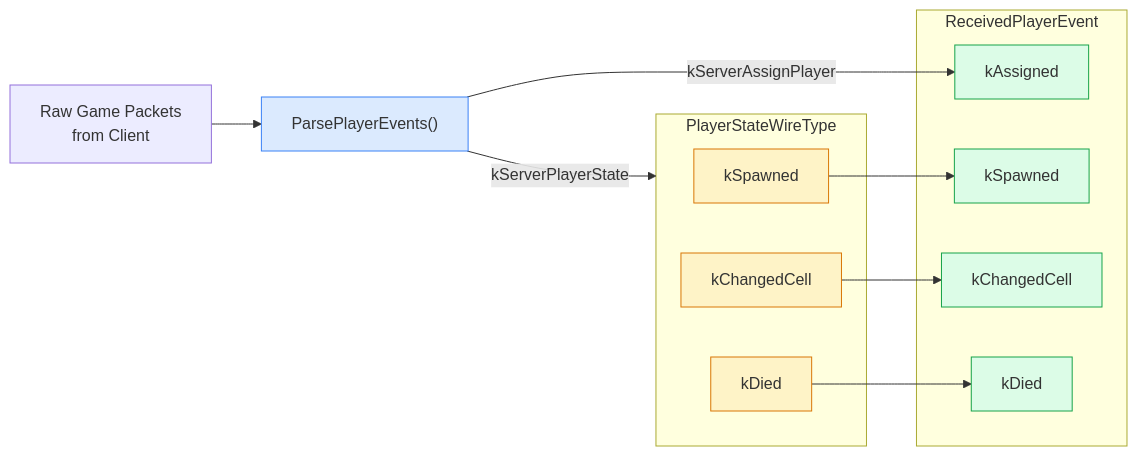
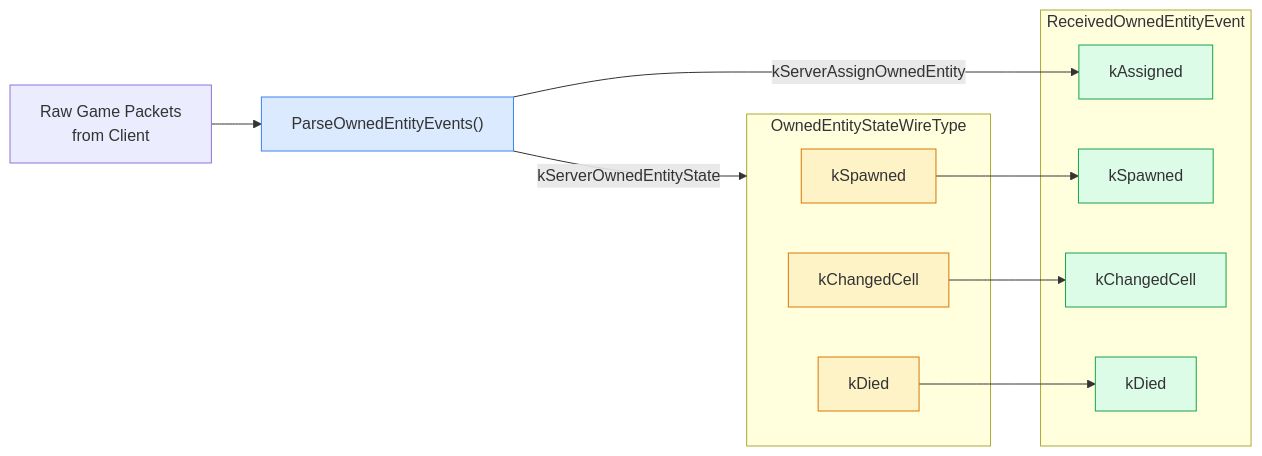
The fifth of 5 diagrams in Documents/Architecture/GameReconciliation.md (DougTanner/BrokenEngine), drawn with Mermaid before and after one commit. The commit also changed other lines of this file and 126 other files, not shown here.

First line of the commit message:
Rename the Player unit to Omni and its ownership layer to OwnedEntity

````diff
--- a/Documents/Architecture/GameReconciliation.md
+++ b/Documents/Architecture/GameReconciliation.md
@@ -168,31 +168,31 @@
 ```mermaid
 %%{init: {'theme': 'default'}}%%
 flowchart LR
     classDef wire fill:#fef3c7,stroke:#d97706
     classDef event fill:#dcfce7,stroke:#16a34a
     classDef func fill:#dbeafe,stroke:#3b82f6
 
     RAW["Raw Game Packets<br/>from Client"]
-    PARSE["ParsePlayerEvents()"]:::func
+    PARSE["ParseOwnedEntityEvents()"]:::func
 
     RAW --> PARSE
 
-    subgraph wire_types ["PlayerStateWireType"]
+    subgraph wire_types ["OwnedEntityStateWireType"]
         W0["kSpawned"]:::wire
         W1["kChangedCell"]:::wire
         W2["kDied"]:::wire
     end
 
-    subgraph event_types ["ReceivedPlayerEvent"]
+    subgraph event_types ["ReceivedOwnedEntityEvent"]
         E0["kAssigned"]:::event
         E1["kSpawned"]:::event
         E2["kChangedCell"]:::event
         E3["kDied"]:::event
     end
 
-    PARSE -->|"kServerAssignPlayer"| E0
-    PARSE -->|"kServerPlayerState"| wire_types
+    PARSE -->|"kServerAssignOwnedEntity"| E0
+    PARSE -->|"kServerOwnedEntityState"| wire_types
     W0 --> E1
     W1 --> E2
     W2 --> E3
 ```
````
